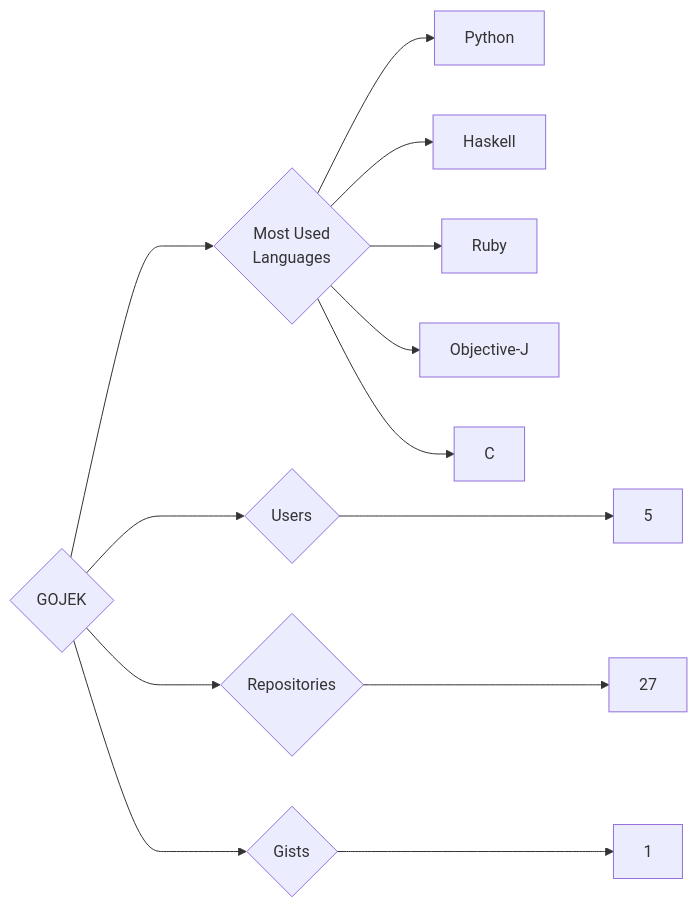
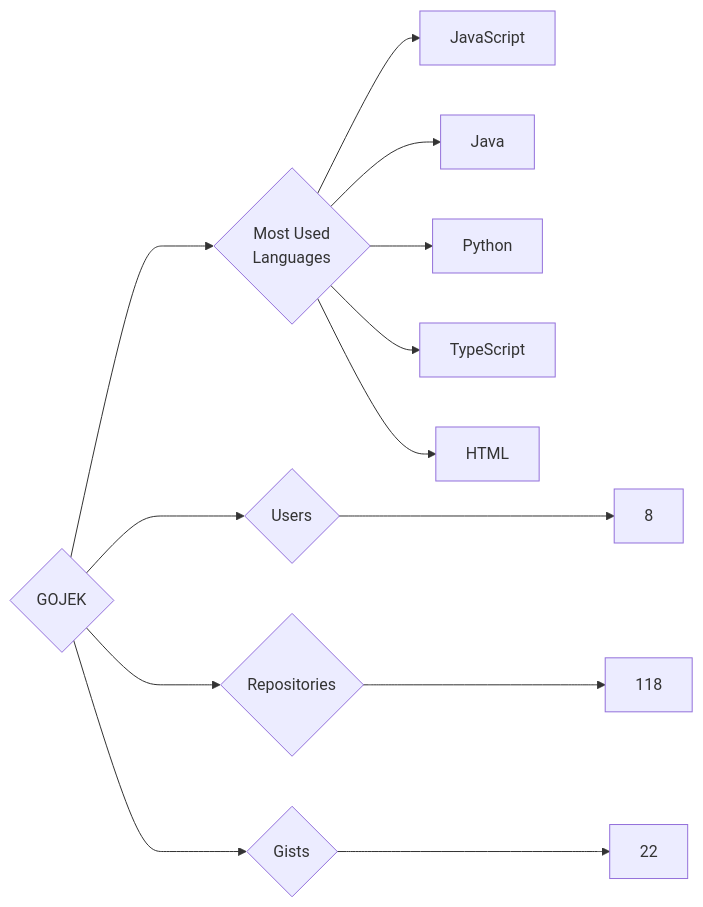
The diagram in targets/GOJEK/README.md (trickest/insiders), drawn with Mermaid before and after one commit. The commit also changed 933 other files, not shown here.

````diff
--- a/targets/GOJEK/README.md
+++ b/targets/GOJEK/README.md
@@ -3,13 +3,13 @@
 ```mermaid
 graph LR
 COMPANY_NAME{GOJEK}
-COMPANY_NAME ---> U{Users} ---> UN[5]
-COMPANY_NAME ---> R{Repositories} ---> RN[27]
-COMPANY_NAME ---> G{Gists} ---> GN[1]
+COMPANY_NAME ---> U{Users} ---> UN[8]
+COMPANY_NAME ---> R{Repositories} ---> RN[118]
+COMPANY_NAME ---> G{Gists} ---> GN[22]
 COMPANY_NAME ---> ML{Most Used<br>Languages}
+ML --> JavaScript[JavaScript]
+ML --> Java[Java]
 ML --> Python[Python]
-ML --> Haskell[Haskell]
-ML --> Ruby[Ruby]
-ML --> Objective-J[Objective-J]
-ML --> C[C]
+ML --> TypeScript[TypeScript]
+ML --> HTML[HTML]
 ```
````
